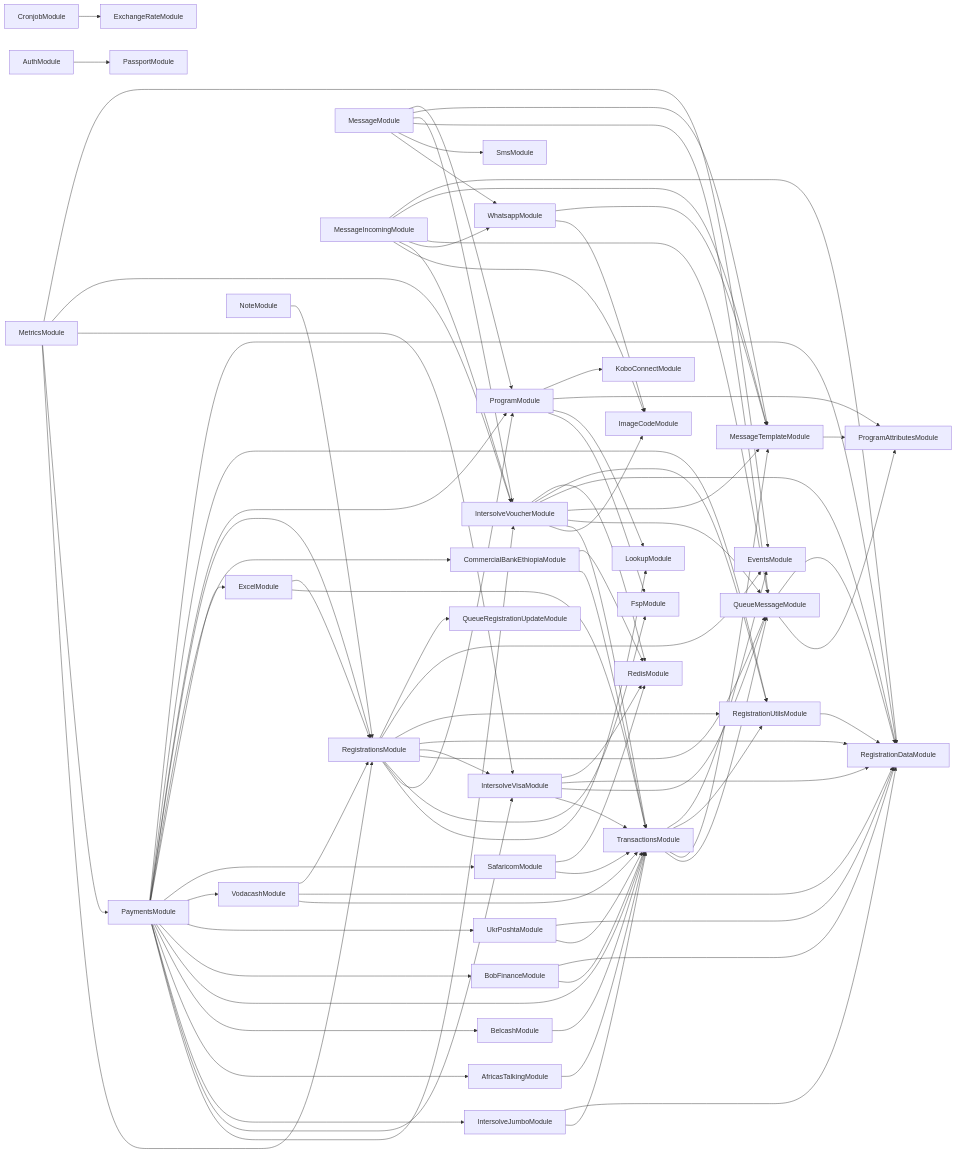
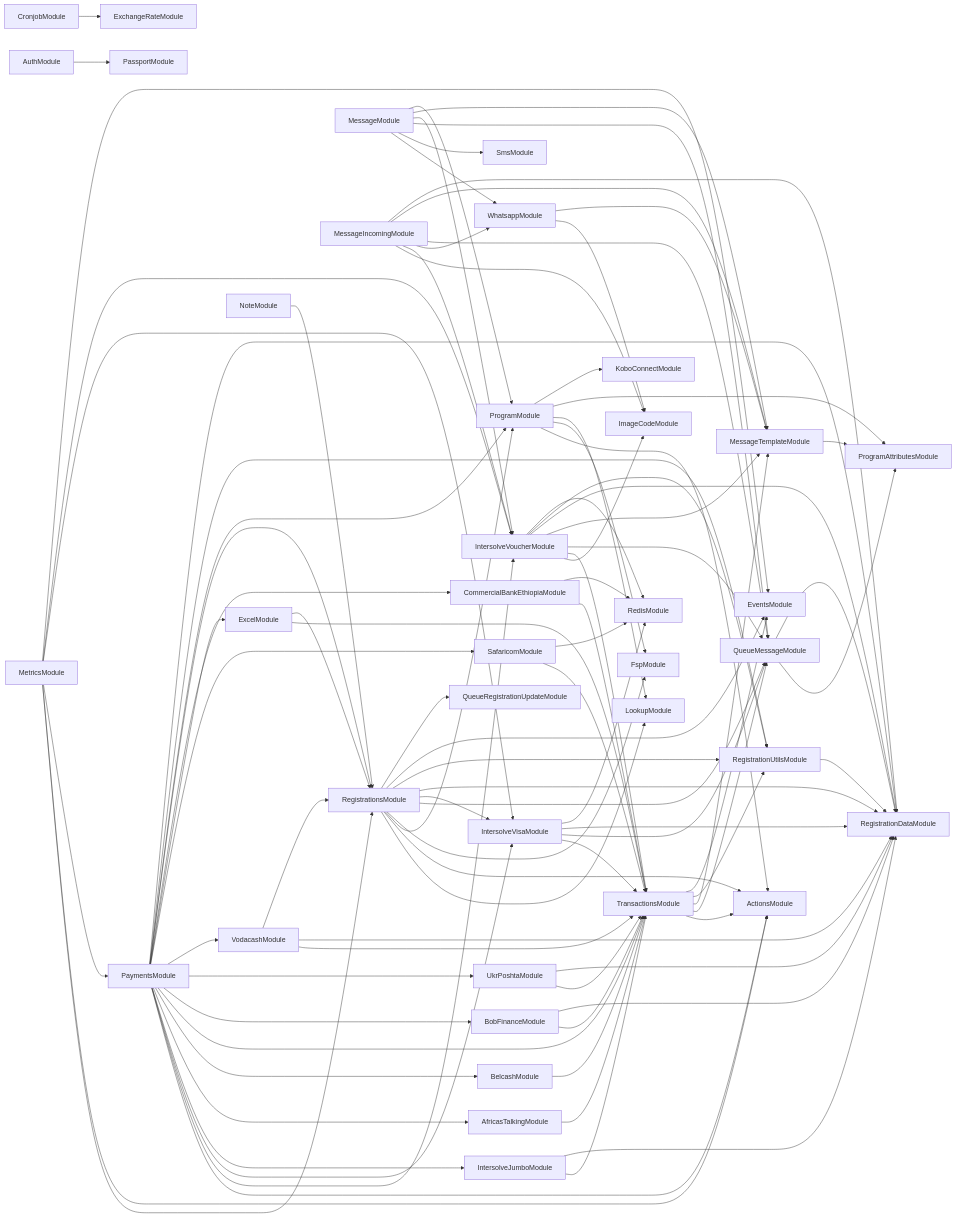
The diagram in services/121-service/module-dependencies.md (global-121/121-platform), drawn with Mermaid before and after one commit. The commit also changed 12 other files, not shown here.

````diff
--- a/services/121-service/module-dependencies.md
+++ b/services/121-service/module-dependencies.md
@@ -3,5 +3,6 @@
 ```mermaid
 graph LR
+  ProgramModule-->ActionsModule
   ProgramModule-->FspModule
   ProgramModule-->LookupModule
   ProgramModule-->ProgramAttributesModule
@@ -9,6 +10,7 @@
   MessageTemplateModule-->ProgramAttributesModule
   CronjobModule-->ExchangeRateModule
   RegistrationsModule-->LookupModule
+  RegistrationsModule-->ActionsModule
   RegistrationsModule-->ProgramModule
   RegistrationsModule-->FspModule
   RegistrationsModule-->QueueMessageModule
@@ -16,6 +18,7 @@
   QueueMessageModule-->RegistrationDataModule
   RegistrationsModule-->IntersolveVisaModule
   IntersolveVisaModule-->TransactionsModule
+  TransactionsModule-->ActionsModule
   TransactionsModule-->QueueMessageModule
   TransactionsModule-->MessageTemplateModule
   TransactionsModule-->RegistrationUtilsModule
@@ -44,7 +47,9 @@
   MessageModule-->MessageTemplateModule
   MessageModule-->ProgramModule
   MetricsModule-->RegistrationsModule
+  MetricsModule-->ActionsModule
   MetricsModule-->PaymentsModule
+  PaymentsModule-->ActionsModule
   PaymentsModule-->IntersolveVoucherModule
   PaymentsModule-->IntersolveVisaModule
   PaymentsModule-->IntersolveJumboModule
````
